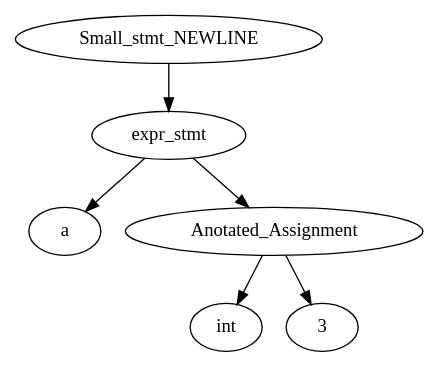
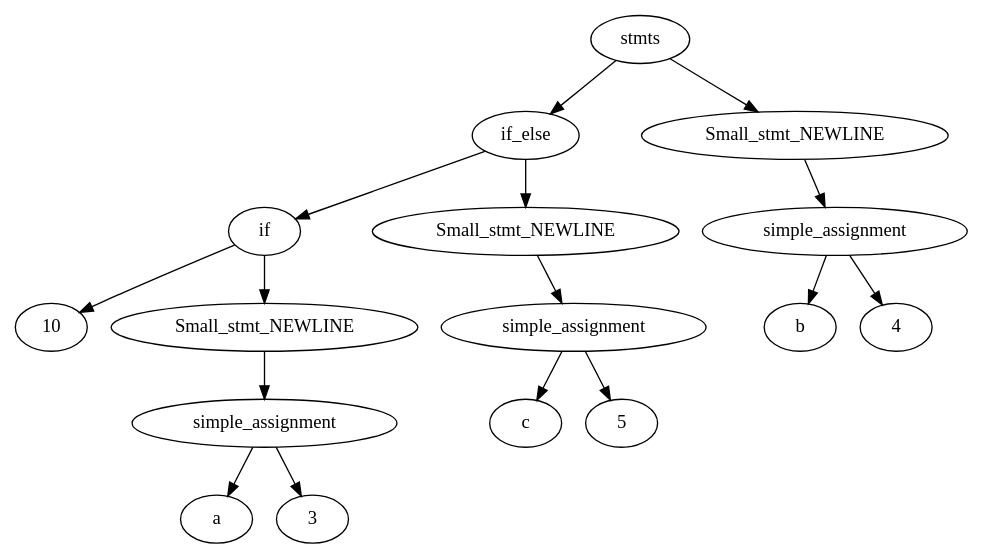
One commit to pranjalsingh4550/the-manhatthon-project changed the diagram in ast.dot. Above: the diagram before and after it, drawn with Graphviz. The commit also changed 4 other files, not shown here.

```diff
--- a/ast.dot
+++ b/ast.dot
@@ -1,13 +1,33 @@
 strict digraph ast {
-	node0 [label=a];
-	node1 [label=int];
+	node0 [label=10];
+	node1 [label=a];
 	node2 [label=3];
-	node3 [label=Anotated_Assignment];
+	node3 [label=simple_assignment];
 	node3 -> node1;
 	node3 -> node2;
-	node4 [label=expr_stmt];
-	node4 -> node0;
+	node4 [label=Small_stmt_NEWLINE];
 	node4 -> node3;
-	node5 [label=Small_stmt_NEWLINE];
+	node5 [label=if];
+	node5 -> node0;
 	node5 -> node4;
+	node6 [label=c];
+	node7 [label=5];
+	node8 [label=simple_assignment];
+	node8 -> node6;
+	node8 -> node7;
+	node9 [label=Small_stmt_NEWLINE];
+	node9 -> node8;
+	node10 [label=if_else];
+	node10 -> node5;
+	node10 -> node9;
+	node11 [label=b];
+	node12 [label=4];
+	node13 [label=simple_assignment];
+	node13 -> node11;
+	node13 -> node12;
+	node14 [label=Small_stmt_NEWLINE];
+	node14 -> node13;
+	node15 [label=stmts];
+	node15 -> node10;
+	node15 -> node14;
 }
```
